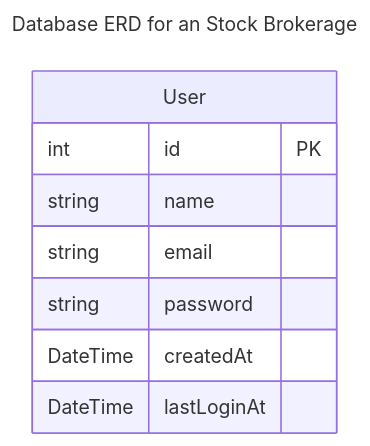
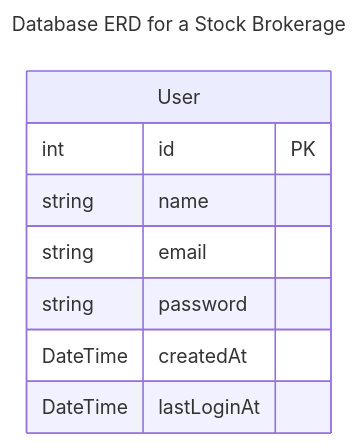
Before and after one commit to nolanmartzke/Stock-Market-Simulator: the second of 6 diagrams in README.md, drawn with Mermaid. The commit also changed other lines of this file, not shown here.

````diff
--- a/README.md
+++ b/README.md
@@ -56,14 +56,14 @@
 ```mermaid
 ---
-title: Database ERD for an Stock Brokerage
+title: Database ERD for a Stock Brokerage
 ---
 erDiagram
     User {
         int id PK
         string name
         string email
         string password
         DateTime createdAt
         DateTime lastLoginAt
     }
 ```
````
